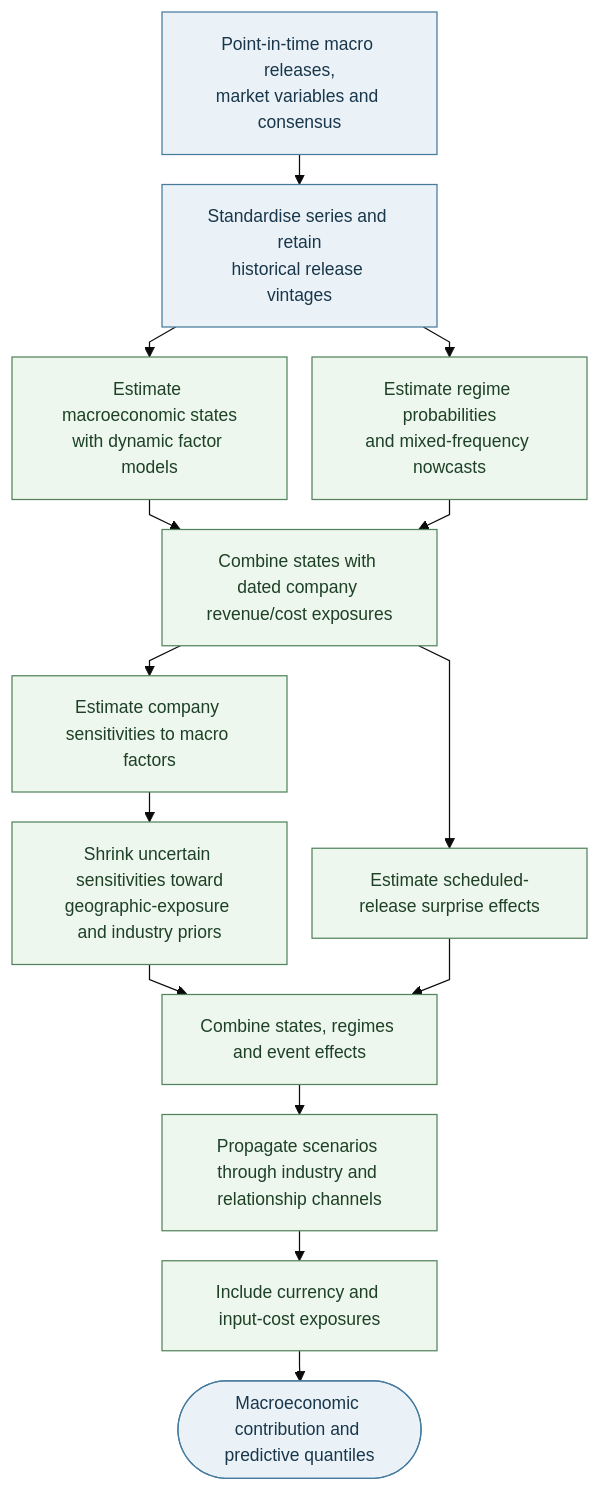
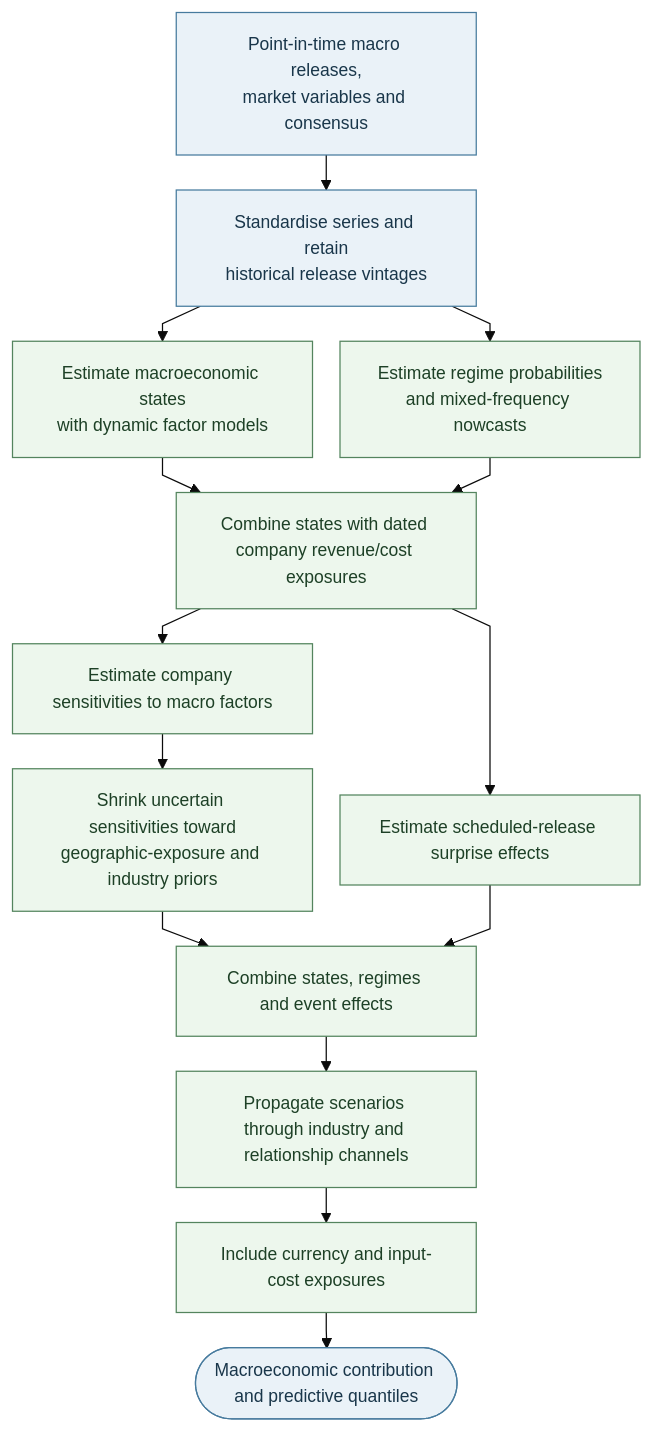
Before and after one commit to dannysilverio6-creator/AQP---LSEG: the ninth of 17 diagrams in docs/AQP OVERVIEW.md, drawn with Mermaid. The commit also changed other lines of this file, not shown here.

````diff
--- a/docs/AQP OVERVIEW.md
+++ b/docs/AQP OVERVIEW.md
@@ -429,23 +598,23 @@
 ```mermaid
-%%{init: {"theme": "base", "flowchart": {"nodeSpacing": 20, "rankSpacing": 24, "wrappingWidth": 160, "diagramPadding": 24, "curve": "linear"}, "themeVariables": {"fontSize": "14px"}}}%%
+%%{init: {"theme": "base", "flowchart": {"nodeSpacing": 22, "rankSpacing": 28, "wrappingWidth": 180, "diagramPadding": 18, "curve": "linear"}, "themeVariables": {"fontSize": "14px"}}}%%
 flowchart TB
     A["Point-in-time macro releases,<br/>market variables and consensus"] --> B["Standardise series and retain<br/>historical release vintages"]
     B --> C["Estimate macroeconomic states<br/>with dynamic factor models"]
     B --> D["Estimate regime probabilities<br/>and mixed-frequency nowcasts"]
     C --> E[Combine states with dated company revenue/cost exposures]
     D --> E
     E --> F[Estimate company sensitivities to macro factors]
     F --> G["Shrink uncertain sensitivities toward<br/>geographic-exposure and industry priors"]
     E --> H[Estimate scheduled-release surprise effects]
     G --> I[Combine states, regimes and event effects]
     H --> I
     I --> J[Propagate scenarios through industry and relationship channels]
     J --> K[Include currency and input-cost exposures]
     K --> L([Macroeconomic contribution and predictive quantiles])
     classDef data fill:#eaf2f8,stroke:#477b9e,color:#19364a;
     classDef model fill:#edf7ed,stroke:#54845e,color:#1d4026;
     classDef output fill:#eaf2f8,stroke:#477b9e,color:#19364a;
     class A,B data;
     class C,D,E,F,G,H,I,J,K model;
     class L output;
 ```
````
